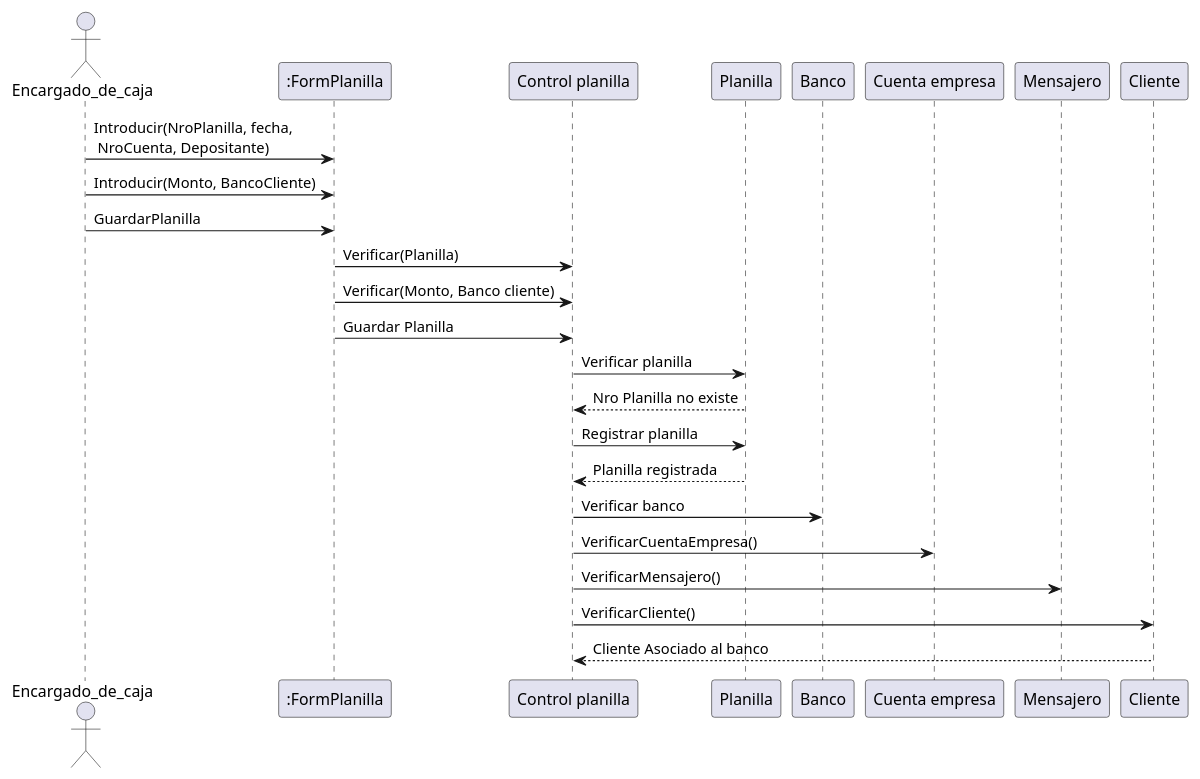
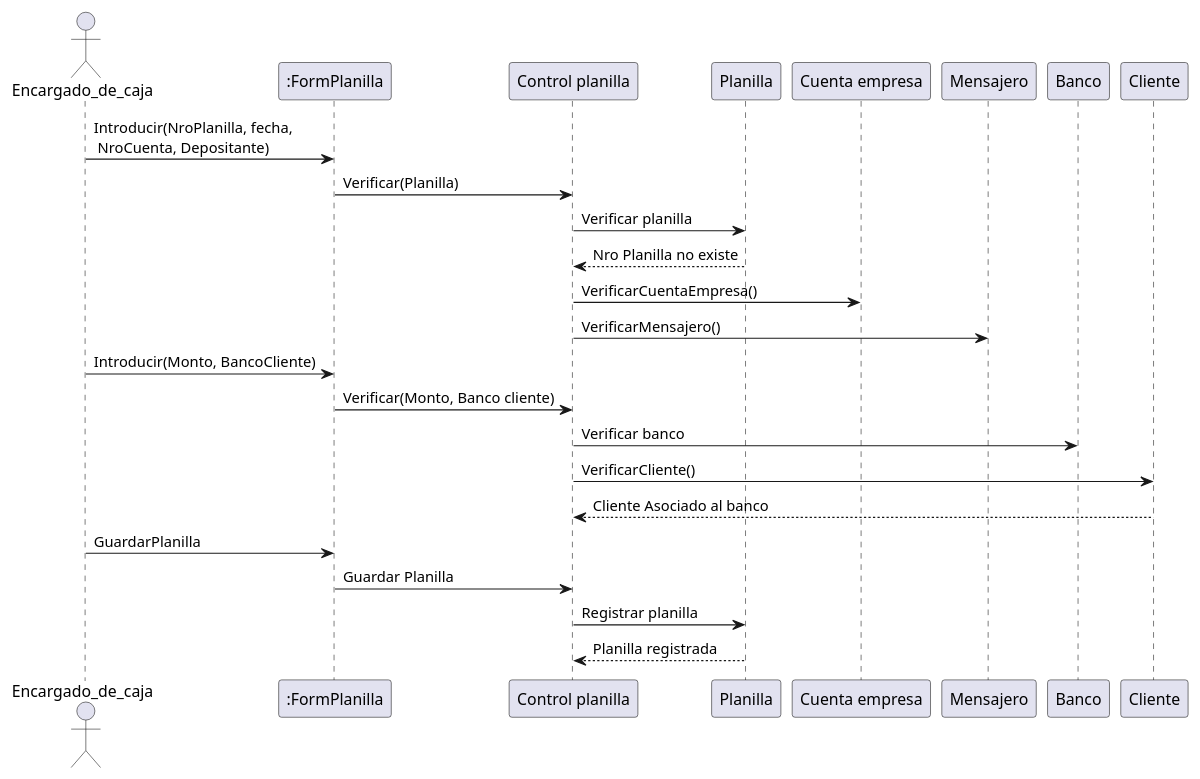
Before and after one commit to ricardoasinr/Sistemas-de-la-informacion: the diagram in Caso Balanceo/Diagrama de secuencia/7. Realizar planilla.plantuml, drawn with PlantUML. The commit also changed 1 other file, not shown here.

Commit message:
Diagramas de secuencia 7 corregido

```diff
--- a/Caso Balanceo/Diagrama de secuencia/7. Realizar planilla.plantuml
+++ b/Caso Balanceo/Diagrama de secuencia/7. Realizar planilla.plantuml
@@ -1,34 +1,52 @@
 @startuml 7. Realizar planilla
 
 actor Encargado_de_caja
 
 Encargado_de_caja -> ":FormPlanilla": Introducir(NroPlanilla, fecha, \n NroCuenta, Depositante)
+":FormPlanilla" -> "Control planilla": Verificar(Planilla)
+"Control planilla" -> "Planilla": Verificar planilla
+
+"Planilla" --> "Control planilla": Nro Planilla no existe
+
+"Control planilla" -> "Cuenta empresa": VerificarCuentaEmpresa()
+"Control planilla" -> "Mensajero": VerificarMensajero()
 Encargado_de_caja -> ":FormPlanilla": Introducir(Monto, BancoCliente)
-Encargado_de_caja -> ":FormPlanilla": GuardarPlanilla
-
-":FormPlanilla" -> "Control planilla": Verificar(Planilla)
 
 ":FormPlanilla" -> "Control planilla": Verificar(Monto, Banco cliente)
+"Control planilla" -> "Banco": Verificar banco
+"Control planilla" -> "Cliente": VerificarCliente()
+"Cliente" --> "Control planilla": Cliente Asociado al banco
 
+
+Encargado_de_caja -> ":FormPlanilla": GuardarPlanilla
 ":FormPlanilla" -> "Control planilla": Guardar Planilla
-
-"Control planilla" -> "Planilla": Verificar planilla
-"Planilla" --> "Control planilla": Nro Planilla no existe
 "Control planilla" -> "Planilla": Registrar planilla
 "Planilla" --> "Control planilla": Planilla registrada
 
-"Control planilla" -> "Banco": Verificar banco
-"Control planilla" -> "Cuenta empresa": VerificarCuentaEmpresa()
-"Control planilla" -> "Mensajero": VerificarMensajero()
-"Control planilla" -> "Cliente": VerificarCliente()
-"Cliente" --> "Control planilla": Cliente Asociado al banco
+
+
+
+
+
+
+
+
+
+
+
+
+
+
+
+
+
 
 
 
 
 
 
 
 
 
 @enduml
```
